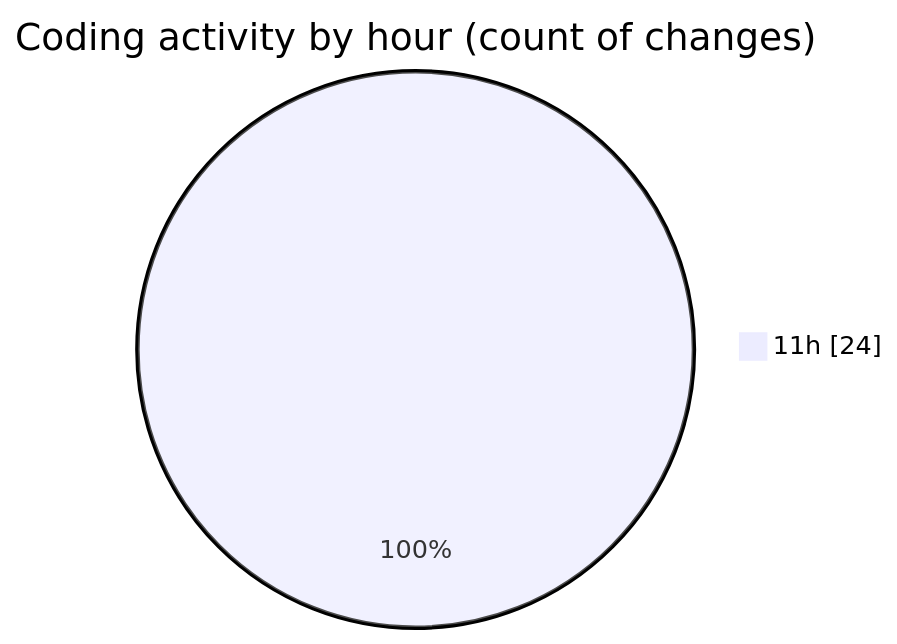
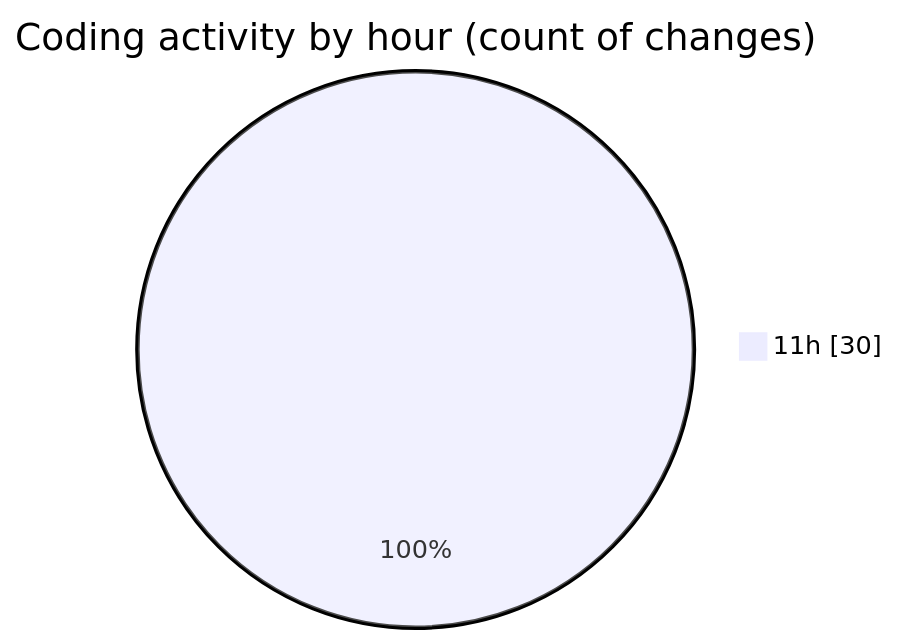
The second of 2 diagrams in 2025-07-13/argos/README.md (nxtqubesakshisongat/code-tracking), drawn with Mermaid before and after one commit. The commit also changed other lines of this file and 1 other file, not shown here.

````diff
--- a/2025-07-13/argos/README.md
+++ b/2025-07-13/argos/README.md
@@ -30,5 +30,5 @@
 ```mermaid
 pie showData
 title Coding activity by hour (count of changes)
-"11h" : 24
+"11h" : 30
 ```
````
